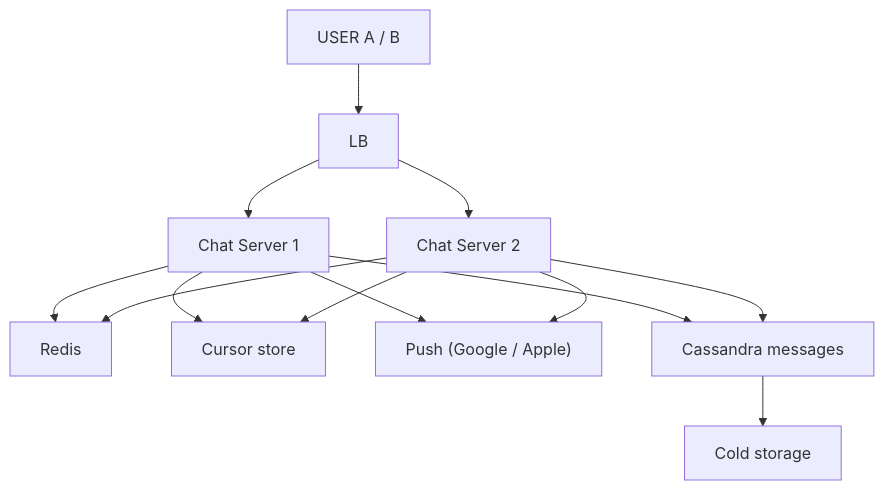
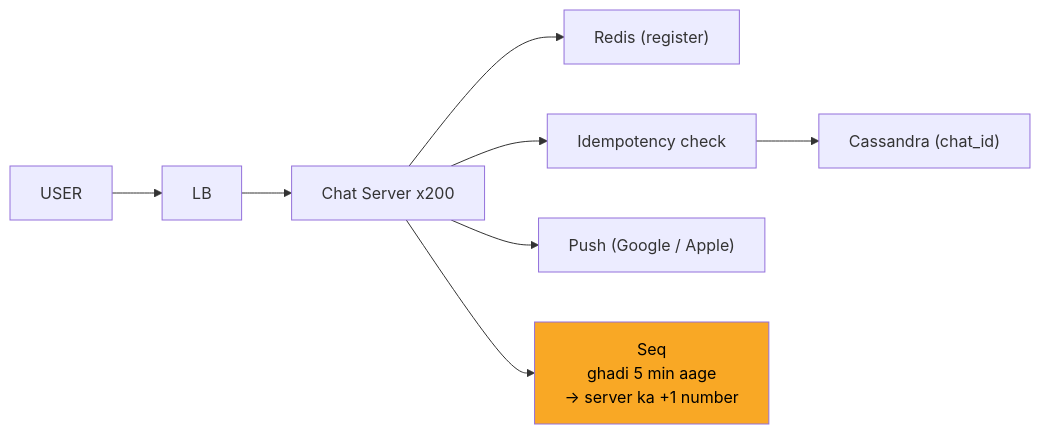
The seventh of 12 diagrams in 04_HLD/SYSTEM_DESIGNS/14_chat_messaging/14_chat_messaging.md (ArpanMaheshwari144/Prep), drawn with Mermaid before and after one commit. The commit also changed other lines of this file, not shown here.

Commit message:
chat: one-day story, short cards, follow-ups with rules, highlighted diagrams

````diff
--- a/04_HLD/SYSTEM_DESIGNS/14_chat_messaging/14_chat_messaging.md
+++ b/04_HLD/SYSTEM_DESIGNS/14_chat_messaging/14_chat_messaging.md
@@ -331,24 +299,19 @@
 ```mermaid
-flowchart TD
-    n_USER_A_B["USER A / B"]
+flowchart LR
+    n_U["USER"]
     n_LB["LB"]
-    n_Chat_Server_x_200_1["Chat Server 1"]
-    n_Chat_Server_x_200_2["Chat Server 2"]
-    n_Redis["Redis"]
-    n_Cursor_store["Cursor store"]
-    n_Push_Google_Apple["Push (Google / Apple)"]
-    n_Cassandra_messages["Cassandra messages"]
-    n_Cold_storage["Cold storage"]
-    n_USER_A_B --> n_LB
-    n_LB --> n_Chat_Server_x_200_1
-    n_LB --> n_Chat_Server_x_200_2
-    n_Chat_Server_x_200_1 --> n_Redis
-    n_Chat_Server_x_200_2 --> n_Redis
-    n_Chat_Server_x_200_1 --> n_Cassandra_messages
-    n_Chat_Server_x_200_2 --> n_Cassandra_messages
-    n_Chat_Server_x_200_1 --> n_Cursor_store
-    n_Chat_Server_x_200_2 --> n_Cursor_store
-    n_Chat_Server_x_200_1 --> n_Push_Google_Apple
-    n_Chat_Server_x_200_2 --> n_Push_Google_Apple
-    n_Cassandra_messages --> n_Cold_storage
+    n_CS["Chat Server x200"]
+    n_R["Redis (register)"]
+    n_I["Idempotency check"]
+    n_CA["Cassandra (chat_id)"]
+    n_P["Push (Google / Apple)"]
+    n_SQ["Seq<br/>ghadi 5 min aage<br/>-> server ka +1 number"]
+    n_U --> n_LB
+    n_LB --> n_CS
+    n_CS --> n_R
+    n_CS --> n_I
+    n_I --> n_CA
+    n_CS --> n_P
+    n_CS --> n_SQ
+    style n_SQ fill:#f9a825,color:#000
 ```
````
